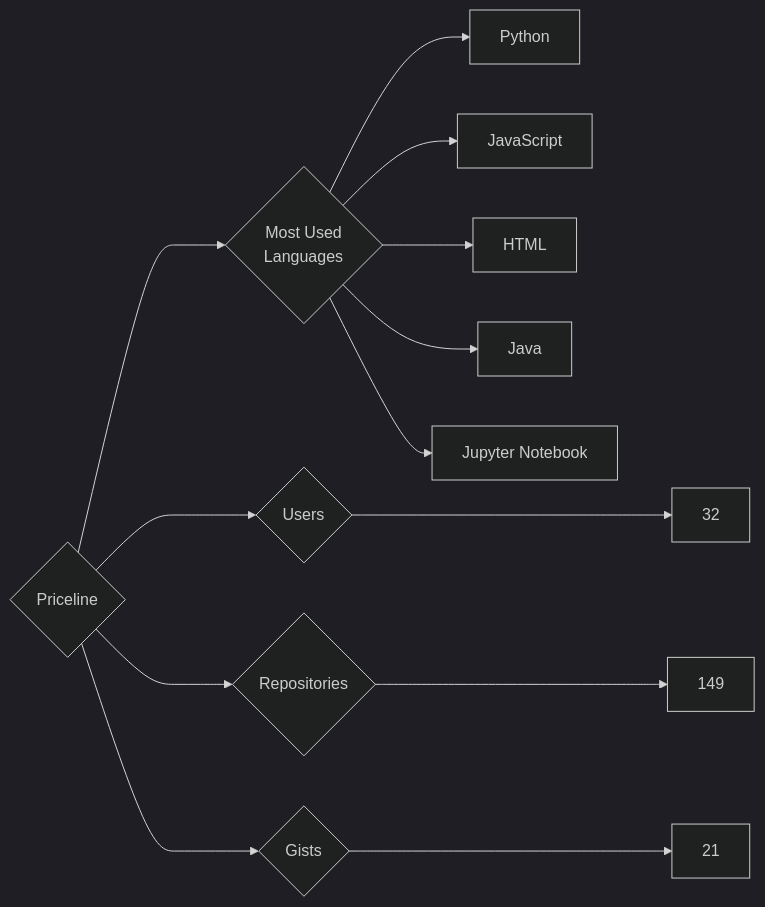
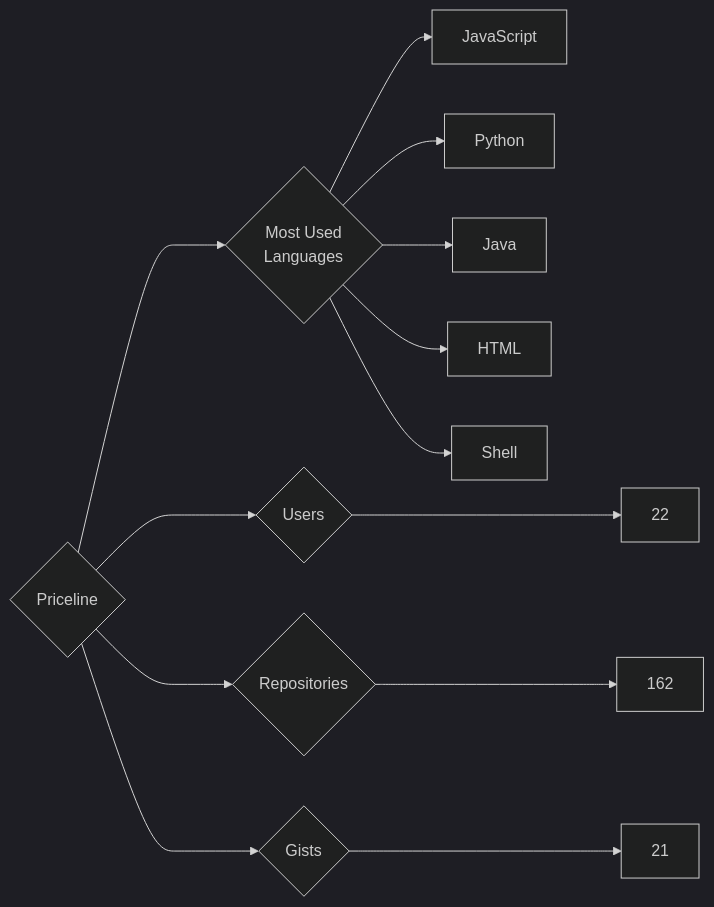
Before and after one commit to trickest/insiders: the diagram in targets/Priceline/README.md, drawn with Mermaid (dark theme). The commit also changed 895 other files, not shown here.

````diff
--- a/targets/Priceline/README.md
+++ b/targets/Priceline/README.md
@@ -3,13 +3,13 @@
 ```mermaid
 graph LR
 COMPANY_NAME{Priceline}
-COMPANY_NAME ---> U{Users} ---> UN[32]
-COMPANY_NAME ---> R{Repositories} ---> RN[149]
+COMPANY_NAME ---> U{Users} ---> UN[22]
+COMPANY_NAME ---> R{Repositories} ---> RN[162]
 COMPANY_NAME ---> G{Gists} ---> GN[21]
 COMPANY_NAME ---> ML{Most Used<br>Languages}
+ML --> JavaScript[JavaScript]
 ML --> Python[Python]
-ML --> JavaScript[JavaScript]
+ML --> Java[Java]
 ML --> HTML[HTML]
-ML --> Java[Java]
-ML --> Jupyter_Notebook[Jupyter Notebook]
+ML --> Shell[Shell]
 ```
````
